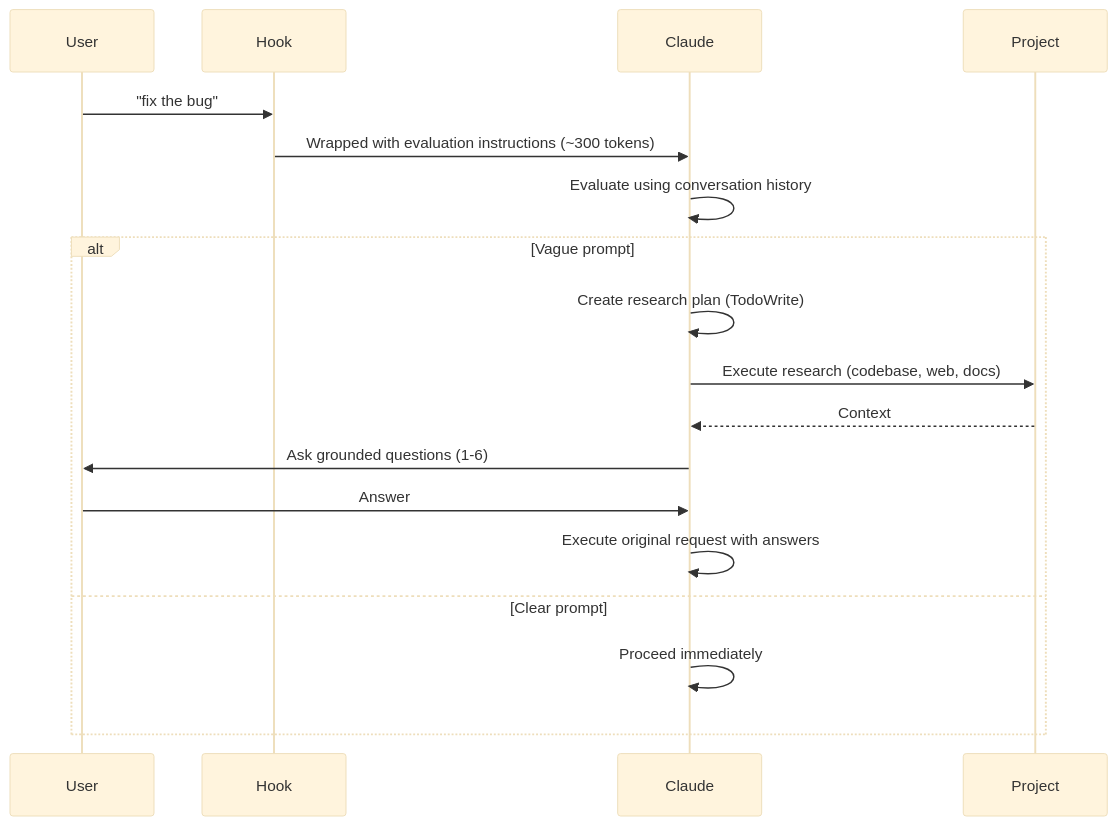
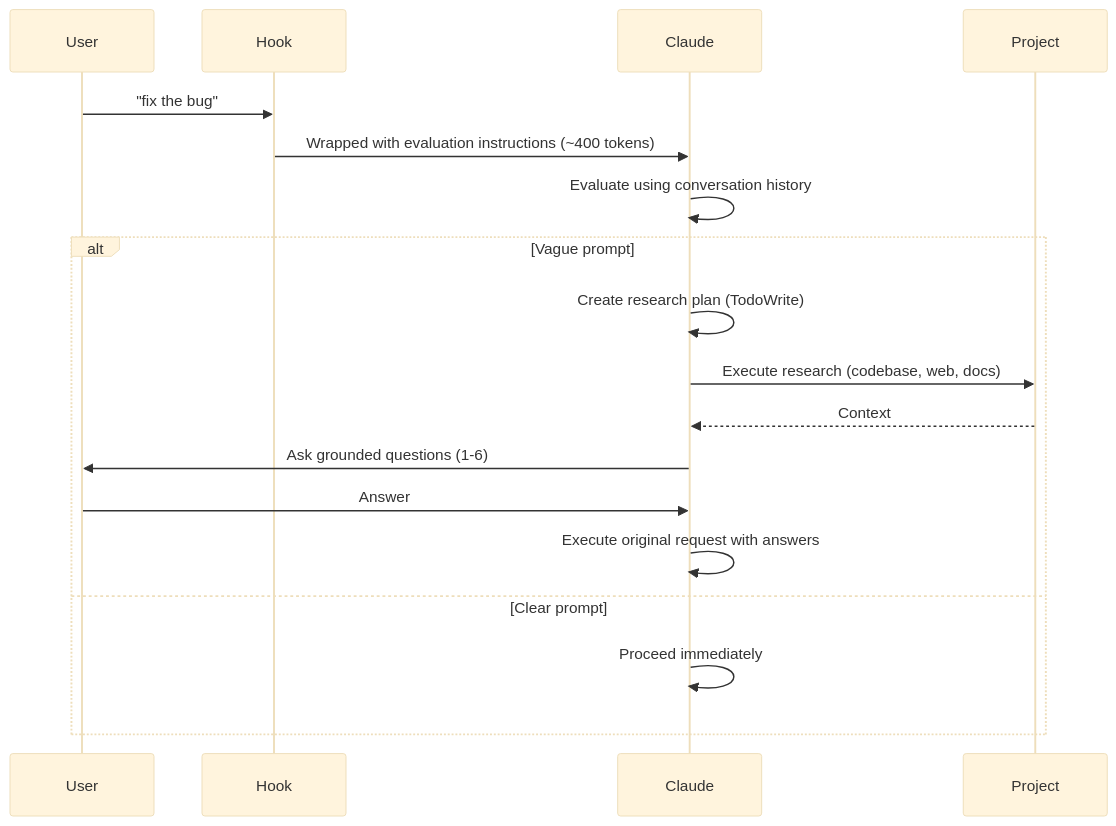
The diagram in README.md (severity1/claude-code-prompt-improver), drawn with Mermaid (base theme) before and after one commit. The commit also changed other lines of this file and 2 other files, not shown here.

````diff
--- a/README.md
+++ b/README.md
@@ -18,21 +18,21 @@
 ```mermaid
 sequenceDiagram
     participant User
     participant Hook
     participant Claude
     participant Project
 
     User->>Hook: "fix the bug"
-    Hook->>Claude: Wrapped with evaluation instructions (~300 tokens)
+    Hook->>Claude: Wrapped with evaluation instructions (~400 tokens)
     Claude->>Claude: Evaluate using conversation history
     alt Vague prompt
         Claude->>Claude: Create research plan (TodoWrite)
         Claude->>Project: Execute research (codebase, web, docs)
         Project-->>Claude: Context
         Claude->>User: Ask grounded questions (1-6)
         User->>Claude: Answer
         Claude->>Claude: Execute original request with answers
     else Clear prompt
         Claude->>Claude: Proceed immediately
     end
 ```
````
